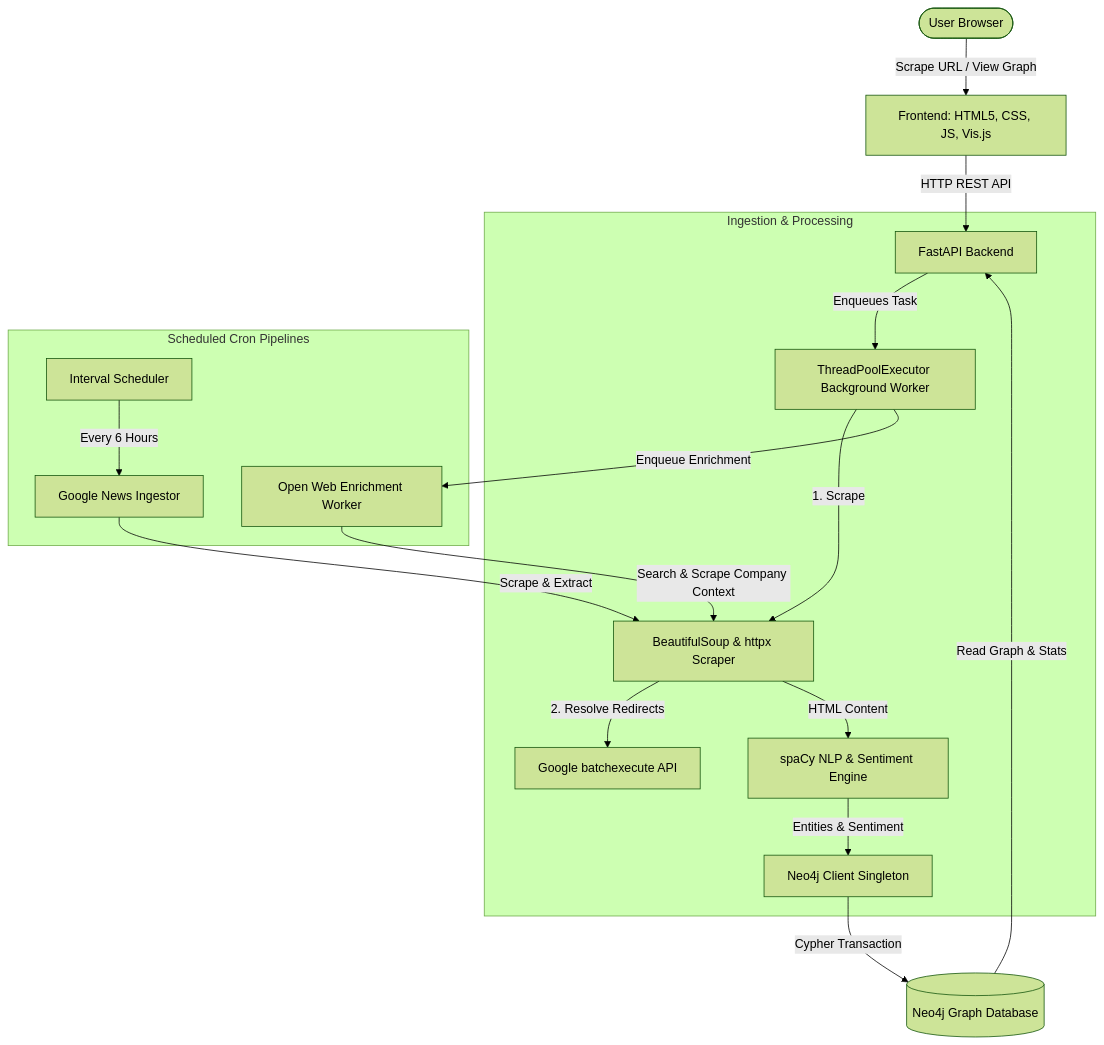
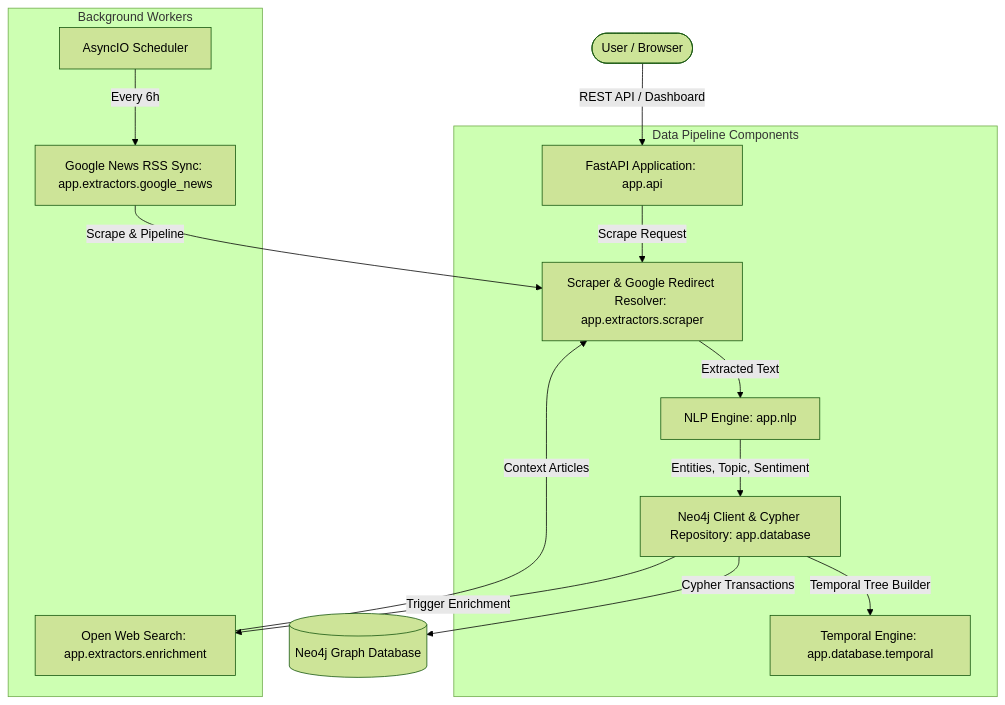
One commit to prabudhap/intelligence-engine changed the diagram in README.md. Above: the diagram before and after it, drawn with Mermaid (forest theme). The commit also changed other lines of this file and 20 other files, not shown here.

Commit message:
docs & refactor: update README with developer blueprint and modularize backend architecture

````diff
--- a/README.md
+++ b/README.md
@@ -46,24 +21,20 @@
 ```mermaid
 graph TD
-    User([User Browser]) -->|Scrape URL / View Graph| Frontend[Frontend: HTML5, CSS, JS, Vis.js]
-    Frontend -->|HTTP REST API| Backend[FastAPI Backend]
+    User([User / Browser]) -->|REST API / Dashboard| API[FastAPI Application: app.api]
     
-    subgraph Ingestion & Processing
-        Backend -->|Enqueues Task| BackgroundExecutor[ThreadPoolExecutor Background Worker]
-        BackgroundExecutor -->|1. Scrape| Scraper[BeautifulSoup & httpx Scraper]
-        Scraper -->|2. Resolve Redirects| RedirectResolver[Google batchexecute API]
-        Scraper -->|HTML Content| NLP[spaCy NLP & Sentiment Engine]
-        NLP -->|Entities & Sentiment| DatabaseConnector[Neo4j Client Singleton]
+    subgraph Data Pipeline Components
+        API -->|Scrape Request| Scraper[Scraper & Google Redirect Resolver: app.extractors.scraper]
+        Scraper -->|Extracted Text| NLP[NLP Engine: app.nlp]
+        NLP -->|Entities, Topic, Sentiment| DB[Neo4j Client & Cypher Repository: app.database]
+        DB -->|Temporal Tree Builder| Temporal[Temporal Engine: app.database.temporal]
     end
     
-    subgraph Scheduled Cron Pipelines
-        Scheduler[Interval Scheduler] -->|Every 6 Hours| GoogleNewsSync[Google News Ingestor]
-        GoogleNewsSync -->|Scrape & Extract| Scraper
-        
-        BackgroundExecutor -->|Enqueue Enrichment| EnrichmentSync[Open Web Enrichment Worker]
-        EnrichmentSync -->|Search & Scrape Company Context| Scraper
+    subgraph Background Workers
+        Cron[AsyncIO Scheduler] -->|Every 6h| NewsWorker[Google News RSS Sync: app.extractors.google_news]
+        NewsWorker -->|Scrape & Pipeline| Scraper
+        DB -->|Trigger Enrichment| WebEnrich[Open Web Search: app.extractors.enrichment]
+        WebEnrich -->|Context Articles| Scraper
     end
 
-    DatabaseConnector -->|Cypher Transaction| Neo4j[(Neo4j Graph Database)]
-    Neo4j -->|Read Graph & Stats| Backend
+    DB -->|Cypher Transactions| Neo4j[(Neo4j Graph Database)]
 ```
````
